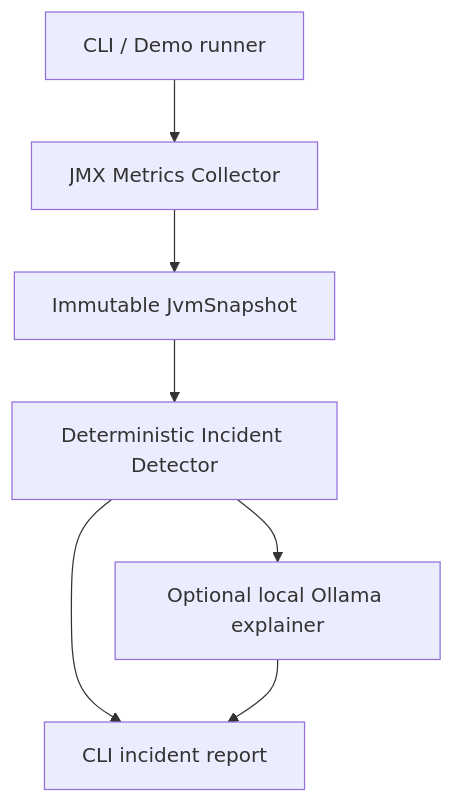
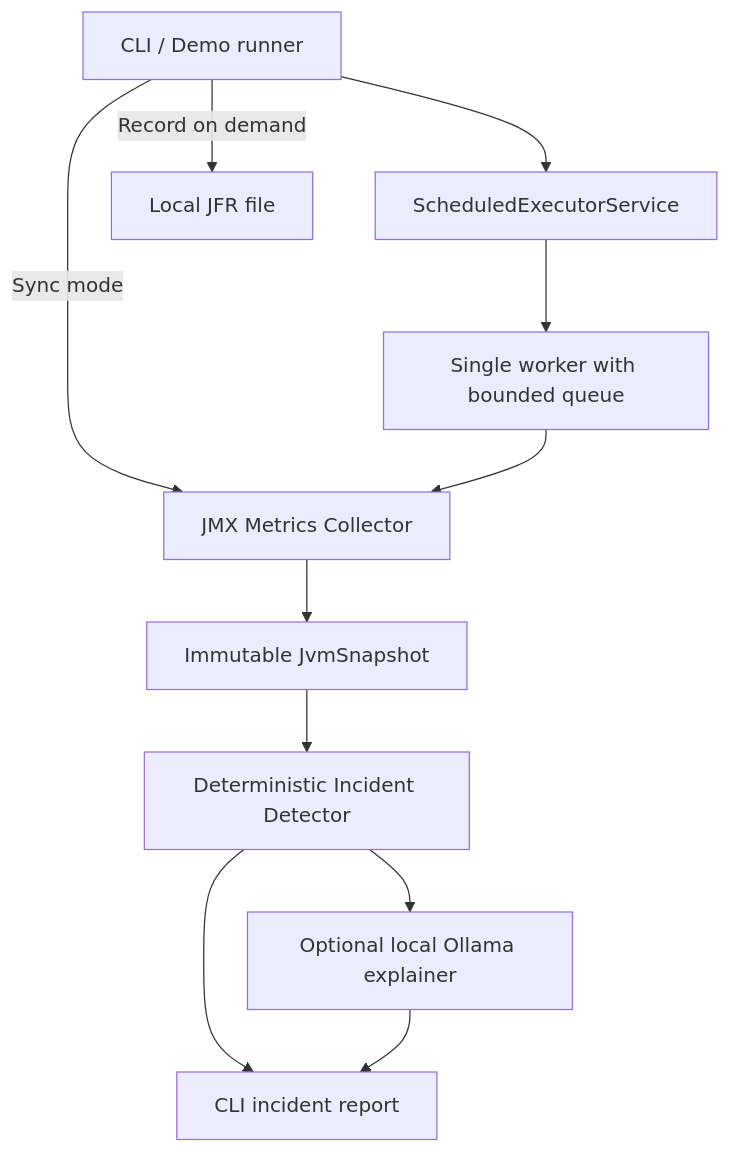
The diagram in docs/ARCHITECTURE.md (chandannitr/JVM-Sentinel-AI), drawn with Mermaid before and after one commit. The commit also changed other lines of this file and 16 other files, not shown here.

First line of the commit message:
Add bounded JVM sampling and local diagnostics

````diff
--- a/docs/ARCHITECTURE.md
+++ b/docs/ARCHITECTURE.md
@@ -5,9 +5,13 @@
 ```mermaid
 flowchart TD
-    CLI[CLI / Demo runner] --> COL[JMX Metrics Collector]
+    CLI[CLI / Demo runner] --> SCHED[ScheduledExecutorService]
+    CLI -->|Sync mode| COL[JMX Metrics Collector]
+    CLI -->|Record on demand| JFR[Local JFR file]
+    SCHED --> WORK[Single worker with bounded queue]
+    WORK --> COL
     COL --> SNAP[Immutable JvmSnapshot]
     SNAP --> RULE[Deterministic Incident Detector]
     RULE --> OUT[CLI incident report]
     RULE --> AI[Optional local Ollama explainer]
     AI --> OUT
 ```
````
